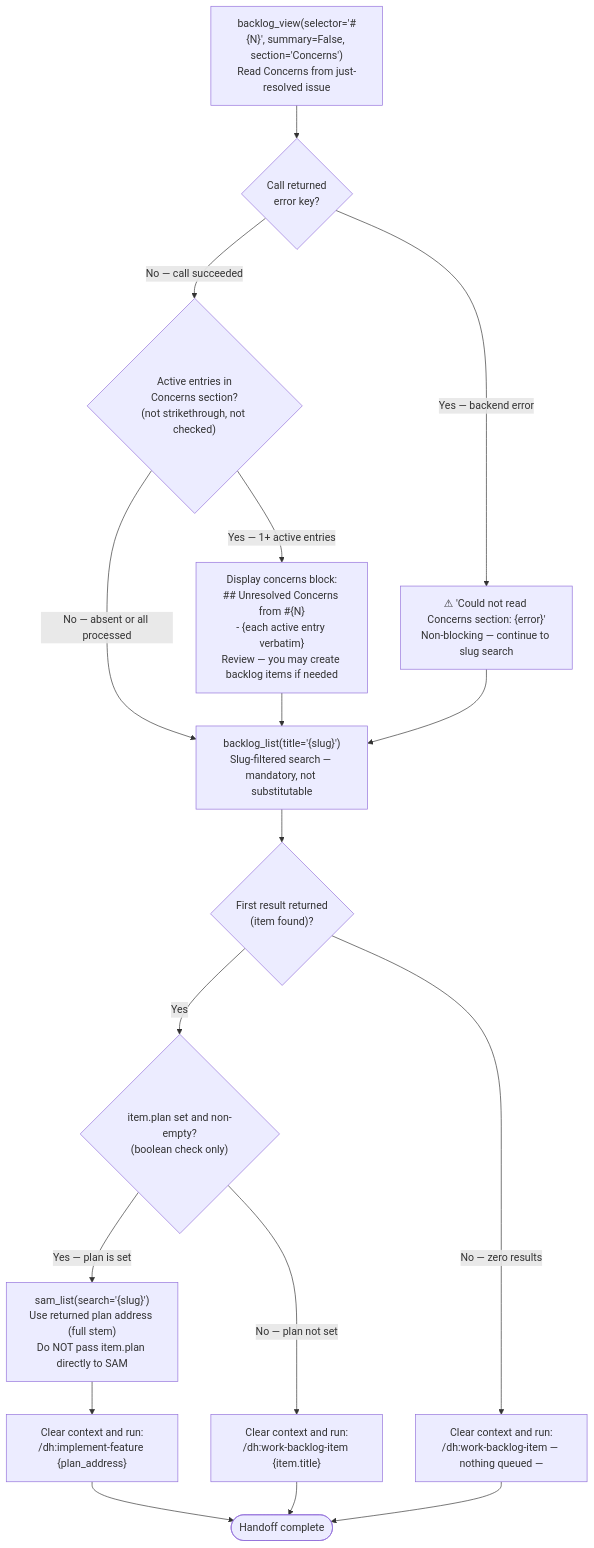
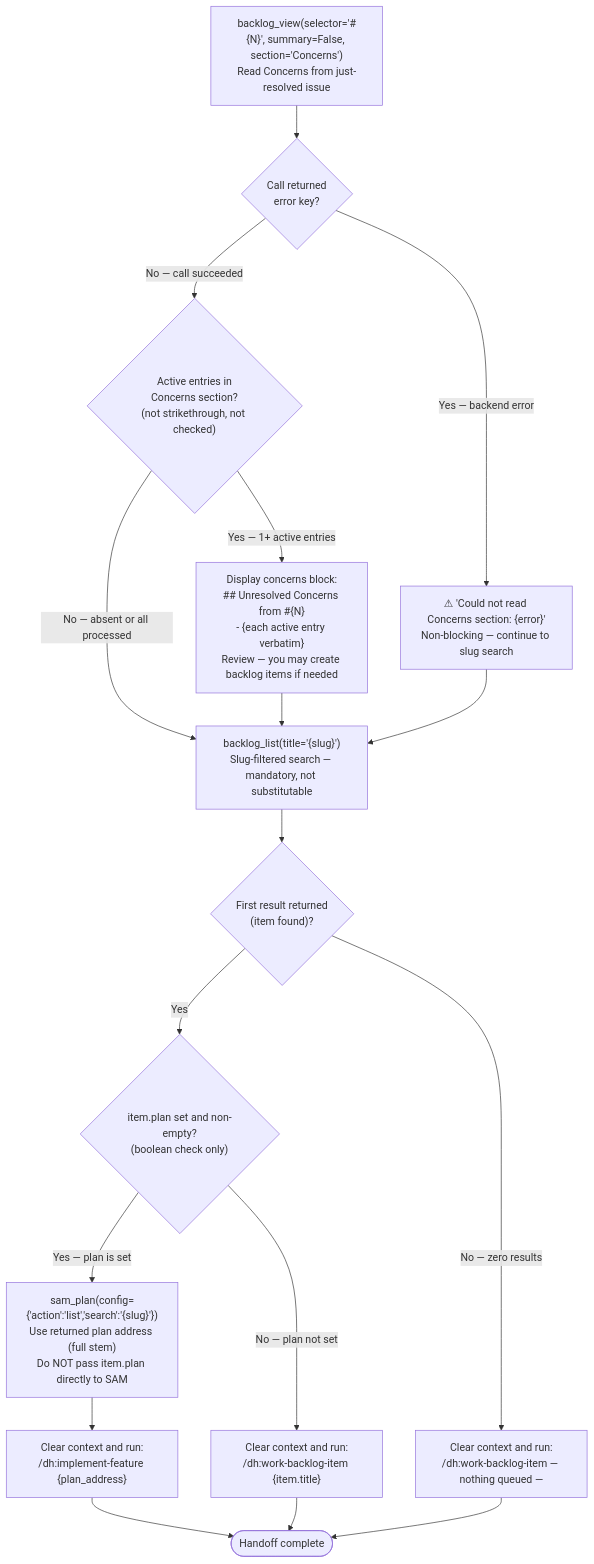
Before and after one commit to Jamie-BitFlight/claude_skills: the diagram in plugins/development-harness/skills/complete-implementation/references/final-handoff.md, drawn with Mermaid. The commit also changed 18 other files, not shown here.

````diff
--- a/plugins/development-harness/skills/complete-implementation/references/final-handoff.md
+++ b/plugins/development-harness/skills/complete-implementation/references/final-handoff.md
@@ -41,22 +41,22 @@
 ```mermaid
 flowchart TD
     %% Step 1: Read Concerns from just-resolved issue — MUST run before slug-search routing
     %% #{N} = issue_number extracted in 'Apply status:verified Label' Step 2
     ConcernsCheck["backlog_view(selector='#{N}', summary=False, section='Concerns')<br>Read Concerns from just-resolved issue"] --> ConcernsError{"Call returned<br>error key?"}
     ConcernsError -->|"Yes — backend error"| WarnContinue["⚠ 'Could not read Concerns section: {error}'<br>Non-blocking — continue to slug search"]
     ConcernsError -->|"No — call succeeded"| HasActiveConcerns{"Active entries in<br>Concerns section?<br>(not strikethrough, not checked)"}
     HasActiveConcerns -->|"Yes — 1+ active entries"| DisplayConcerns["Display concerns block:<br>## Unresolved Concerns from #{N}<br>- {each active entry verbatim}<br>Review — you may create backlog items if needed"]
     HasActiveConcerns -->|"No — absent or all processed"| Fetch
     DisplayConcerns --> Fetch
     WarnContinue --> Fetch
     %% The filter is mandatory — do NOT substitute a general P1/P2 listing already in context
     Fetch["backlog_list(title='{slug}')<br>Slug-filtered search — mandatory, not substitutable"] --> ItemFound{"First result returned<br>(item found)?"}
     ItemFound -->|"No — zero results"| NothingQueued["Clear context and run:<br>/dh:work-backlog-item — nothing queued —"]
     ItemFound -->|"Yes"| PlanSet{"item.plan set and non-empty?<br>(boolean check only)"}
-    PlanSet -->|"Yes — plan is set"| ResolvePlan["sam_list(search='{slug}')<br>Use returned plan address (full stem)<br>Do NOT pass item.plan directly to SAM"]
+    PlanSet -->|"Yes — plan is set"| ResolvePlan["sam_plan(config={'action':'list','search':'{slug}'})<br>Use returned plan address (full stem)<br>Do NOT pass item.plan directly to SAM"]
     PlanSet -->|"No — plan not set"| WorkItem["Clear context and run:<br>/dh:work-backlog-item {item.title}"]
     ResolvePlan --> ImplementFeature["Clear context and run:<br>/dh:implement-feature {plan_address}"]
     ImplementFeature --> Done([Handoff complete])
     WorkItem --> Done
     NothingQueued --> Done
 ```
````
